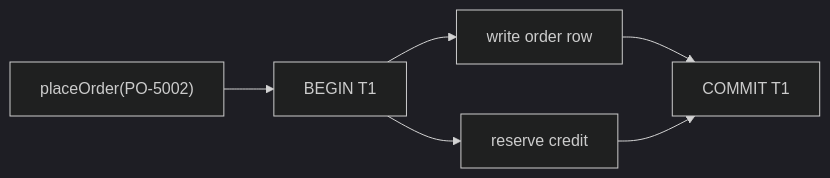
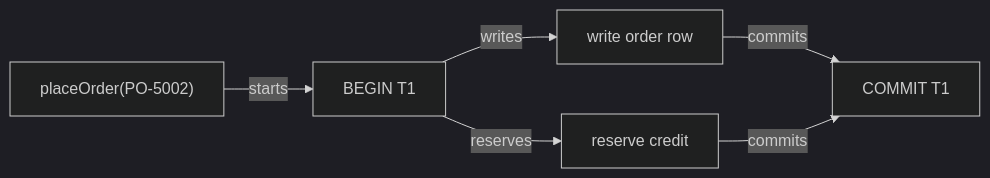
The ninth of 13 diagrams in docs/ch01-monolithic-architecture.md (vinayakuber/microservices-io-study-guide), drawn with Mermaid (dark theme) before and after one commit. The commit also changed other lines of this file and 71 other files, not shown here.

First line of the commit message:
R18: label every diagram arrow with its meaning

````diff
--- a/docs/ch01-monolithic-architecture.md
+++ b/docs/ch01-monolithic-architecture.md
@@ -351,8 +351,8 @@
 ```mermaid
 flowchart LR
-  P["placeOrder(PO-5002)"] --> T1["BEGIN T1"]
-  T1 --> O["write order row"]
-  T1 --> C["reserve credit"]
-  O --> CM["COMMIT T1"]
-  C --> CM
+  P["placeOrder(PO-5002)"] -->|"starts"| T1["BEGIN T1"]
+  T1 -->|"writes"| O["write order row"]
+  T1 -->|"reserves"| C["reserve credit"]
+  O -->|"commits"| CM["COMMIT T1"]
+  C -->|"commits"| CM
 ```
````
